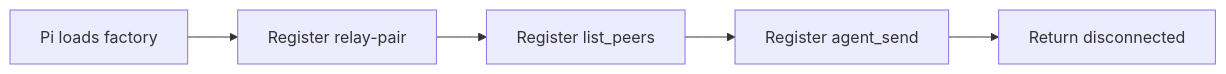
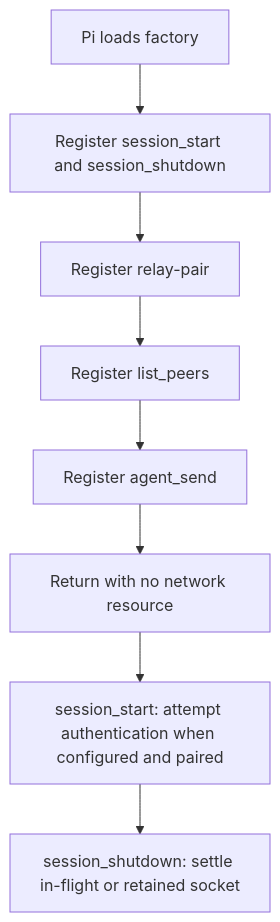
The diagram in docs/src/content/docs/developer/relay/disconnected-extension-shell.mdx (tigorlazuardi/pi-messaging-relay), drawn with Mermaid before and after one commit. The commit also changed other lines of this file and 22 other files, not shown here.

````diff
--- a/docs/src/content/docs/developer/relay/disconnected-extension-shell.mdx
+++ b/docs/src/content/docs/developer/relay/disconnected-extension-shell.mdx
@@ -19,7 +19,10 @@
 ```mermaid
-flowchart LR
-    P[Pi loads factory] --> C[Register relay-pair]
+flowchart TD
+    P[Pi loads factory] --> E[Register session_start and session_shutdown]
+    E --> C[Register relay-pair]
     C --> L[Register list_peers]
     L --> S[Register agent_send]
-    S --> D[Return disconnected]
+    S --> D[Return with no network resource]
+    D --> A[session_start: attempt authentication when configured and paired]
+    A --> X[session_shutdown: settle in-flight or retained socket]
 ```
````
